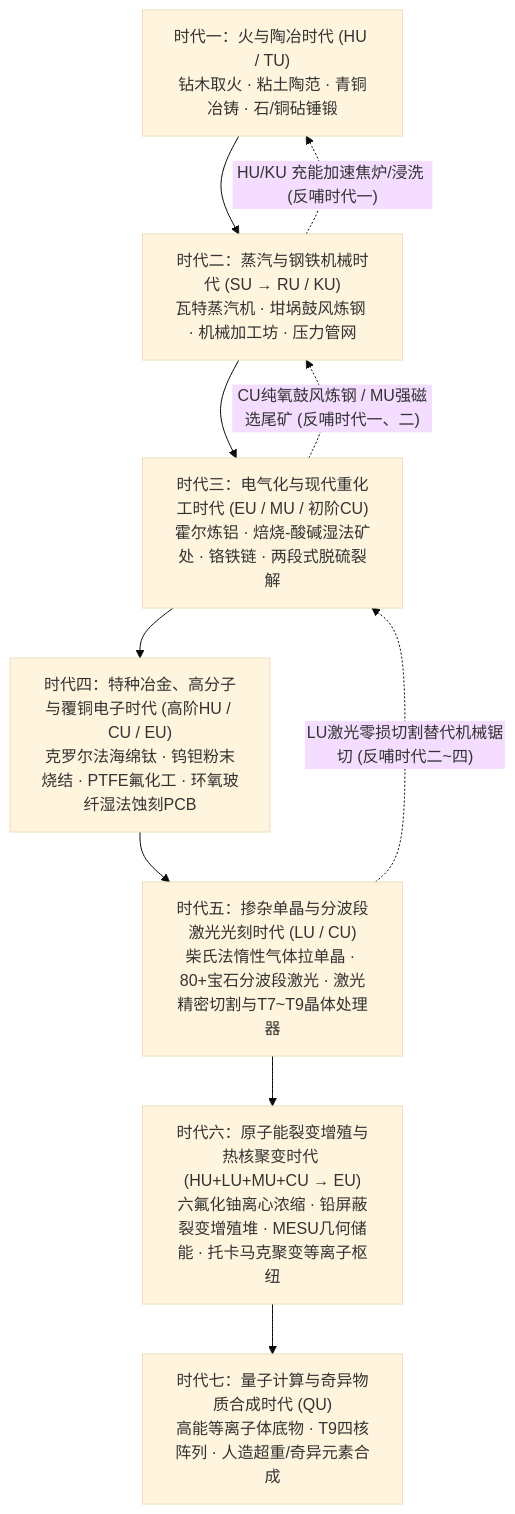
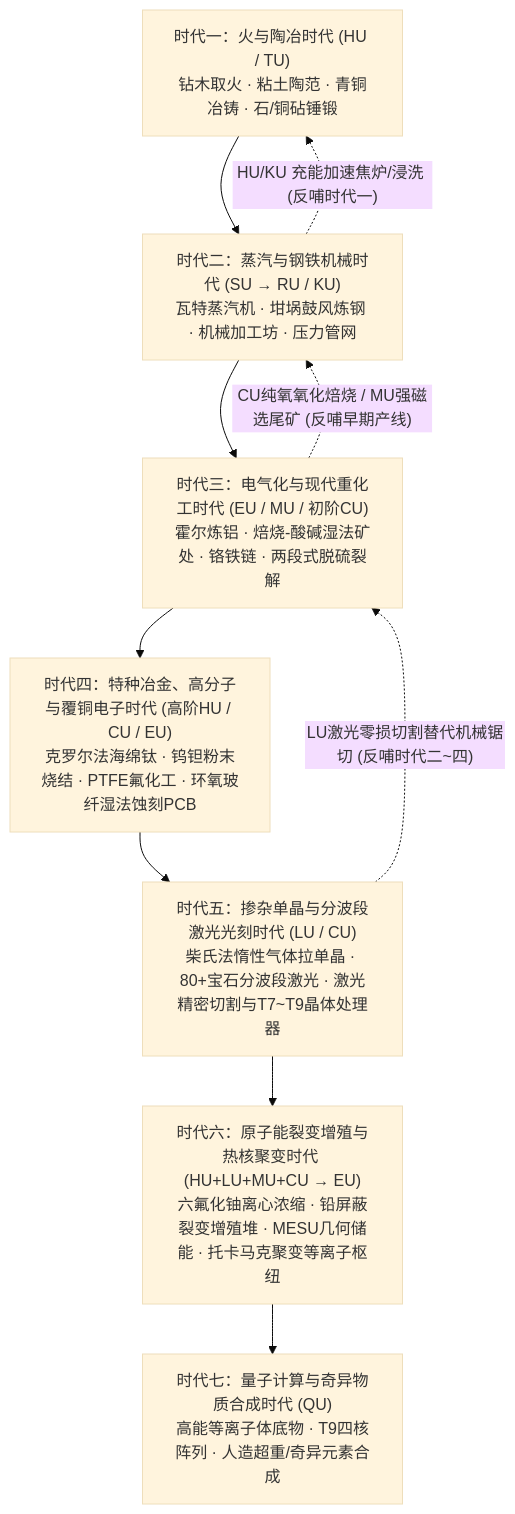
Before and after one commit to GregTech6CE/GregTech6: the diagram in docs/decisions/progression.md, drawn with Mermaid (base theme). The commit also changed other lines of this file and 10 other files, not shown here.

First line of the commit message:
docs(roadmap): calibrate v1.0-v1.4 roadmap, policies, and progression boundaries

````diff
--- a/docs/decisions/progression.md
+++ b/docs/decisions/progression.md
@@ -25,15 +25,15 @@
 ```mermaid
 flowchart TD
     E1["时代一：火与陶冶时代 (HU / TU)<br/>钻木取火 · 粘土陶范 · 青铜冶铸 · 石/铜砧锤锻"]
     E2["时代二：蒸汽与钢铁机械时代 (SU → RU / KU)<br/>瓦特蒸汽机 · 坩埚鼓风炼钢 · 机械加工坊 · 压力管网"]
     E3["时代三：电气化与现代重化工时代 (EU / MU / 初阶CU)<br/>霍尔炼铝 · 焙烧-酸碱湿法矿处 · 铬铁链 · 两段式脱硫裂解"]
     E4["时代四：特种冶金、高分子与覆铜电子时代 (高阶HU / CU / EU)<br/>克罗尔法海绵钛 · 钨钽粉末烧结 · PTFE氟化工 · 环氧玻纤湿法蚀刻PCB"]
     E5["时代五：掺杂单晶与分波段激光光刻时代 (LU / CU)<br/>柴氏法惰性气体拉单晶 · 80+宝石分波段激光 · 激光精密切割与T7~T9晶体处理器"]
     E6["时代六：原子能裂变增殖与热核聚变时代 (HU+LU+MU+CU → EU)<br/>六氟化铀离心浓缩 · 铅屏蔽裂变增殖堆 · MESU几何储能 · 托卡马克聚变等离子枢纽"]
     E7["时代七：量子计算与奇异物质合成时代 (QU)<br/>高能等离子体底物 · T9四核阵列 · 人造超重/奇异元素合成"]
 
     E1 --> E2 --> E3 --> E4 --> E5 --> E6 --> E7
     E2 -. "HU/KU 充能加速焦炉/浸洗 (反哺时代一)" .-> E1
-    E3 -. "CU纯氧鼓风炼钢 / MU强磁选尾矿 (反哺时代一、二)" .-> E2
+    E3 -. "CU纯氧氧化焙烧 / MU强磁选尾矿 (反哺早期产线)" .-> E2
     E5 -. "LU激光零损切割替代机械锯切 (反哺时代二~四)" .-> E3
 ```
````
